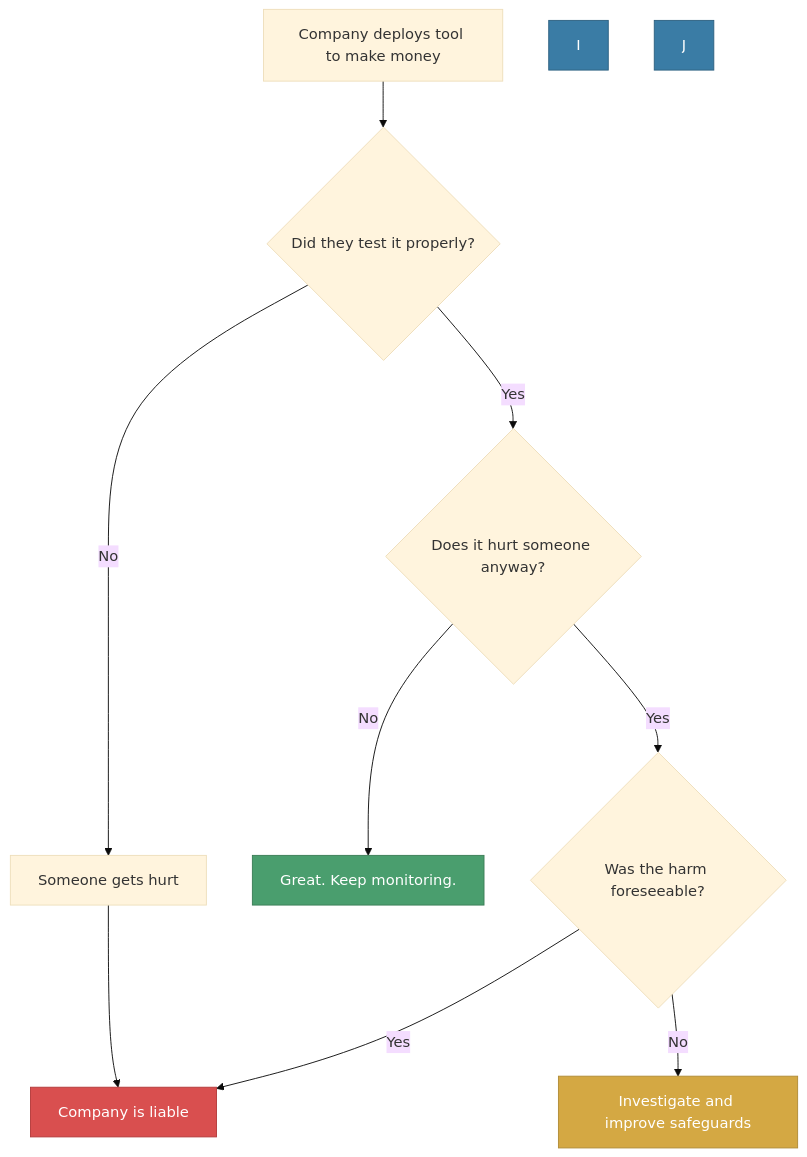
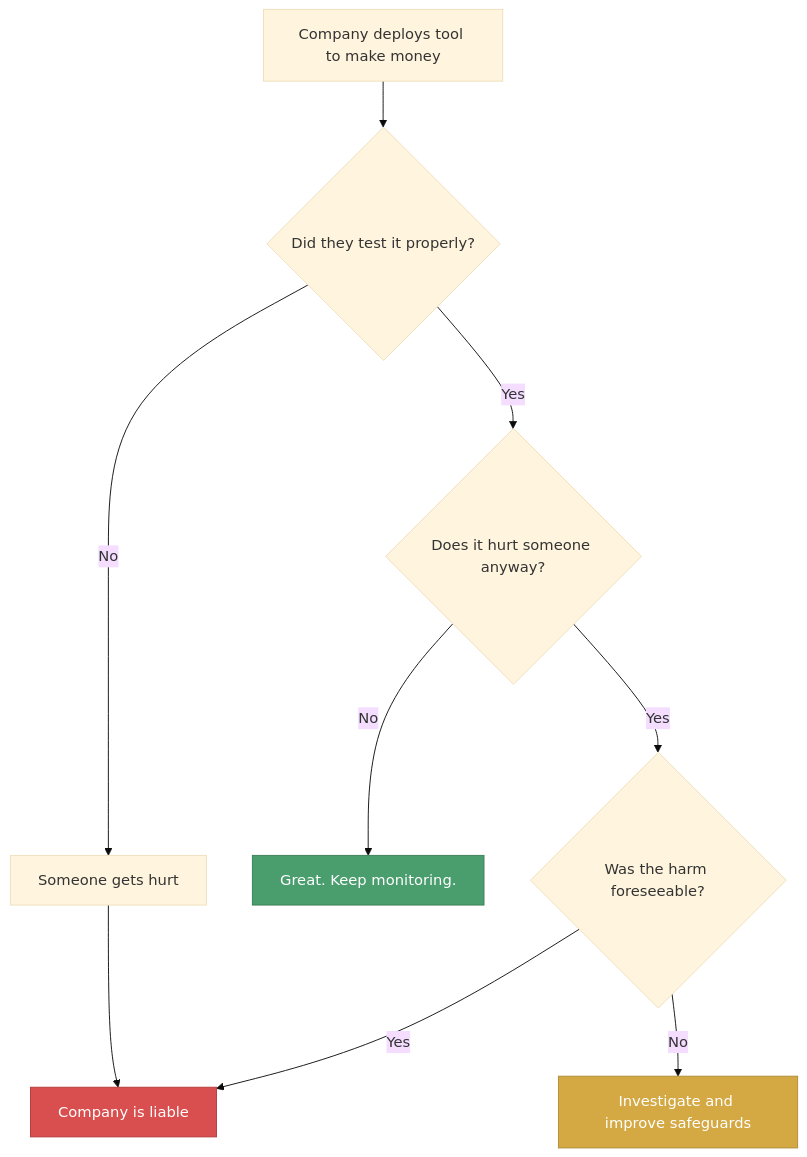
One commit to brodjj/brodjj.github.io changed the diagram in _posts/2026-02-27-ai-safety-applying-industrial-guardrails.md. Above: the diagram before and after it, drawn with Mermaid (base theme).

````diff
--- a/_posts/2026-02-27-ai-safety-applying-industrial-guardrails.md
+++ b/_posts/2026-02-27-ai-safety-applying-industrial-guardrails.md
@@ -77,19 +77,18 @@
 ```mermaid
 flowchart TD
     A["Company deploys tool to make money"] --> B{"Did they test it properly?"}
     B -->|Yes| C{"Does it hurt someone anyway?"}
     B -->|No| D["Someone gets hurt"]
     C -->|No| E["Great. Keep monitoring."]
     C -->|Yes| F{"Was the harm foreseeable?"}
     D --> G["Company is liable"]
     F -->|Yes| G
     F -->|No| H["Investigate and improve safeguards"]
 
     style G fill:#d94f4f,color:#fff,stroke:#b33a3a
     style E fill:#4a9e6e,color:#fff,stroke:#3a7d56
     style H fill:#d4a843,color:#fff,stroke:#b08c36
 
-    
-    style I fill:#3a7ca5,color:#fff,stroke:#2d6080
-    style J fill:#3a7ca5,color:#fff,stroke:#2d6080
+  
+ 
 ```
````
